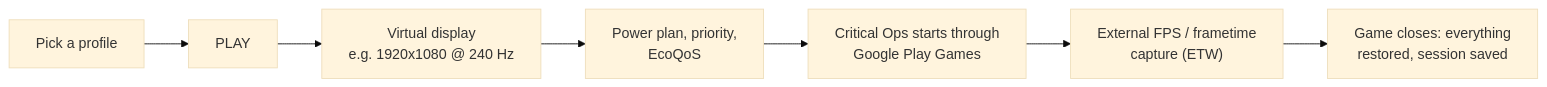
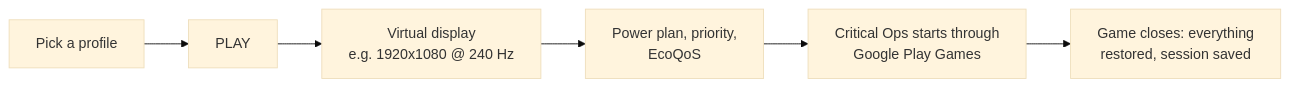
The diagram in README.md (inspectsoftware/Optima), drawn with Mermaid (base theme) before and after one commit.

Commit message:
README: drop the FPS capture step from the session flowchart

````diff
--- a/README.md
+++ b/README.md
@@ -29,9 +29,8 @@
 ```mermaid
 flowchart LR
     A[Pick a profile] --> B[PLAY]
     B --> C["Virtual display<br>e.g. 1920x1080 @ 240 Hz"]
     C --> D["Power plan, priority,<br>EcoQoS"]
     D --> E["Critical Ops starts through<br>Google Play Games"]
-    E --> F["External FPS / frametime<br>capture (ETW)"]
-    F --> G["Game closes: everything<br>restored, session saved"]
+    E --> F["Game closes: everything<br>restored, session saved"]
 ```
````
